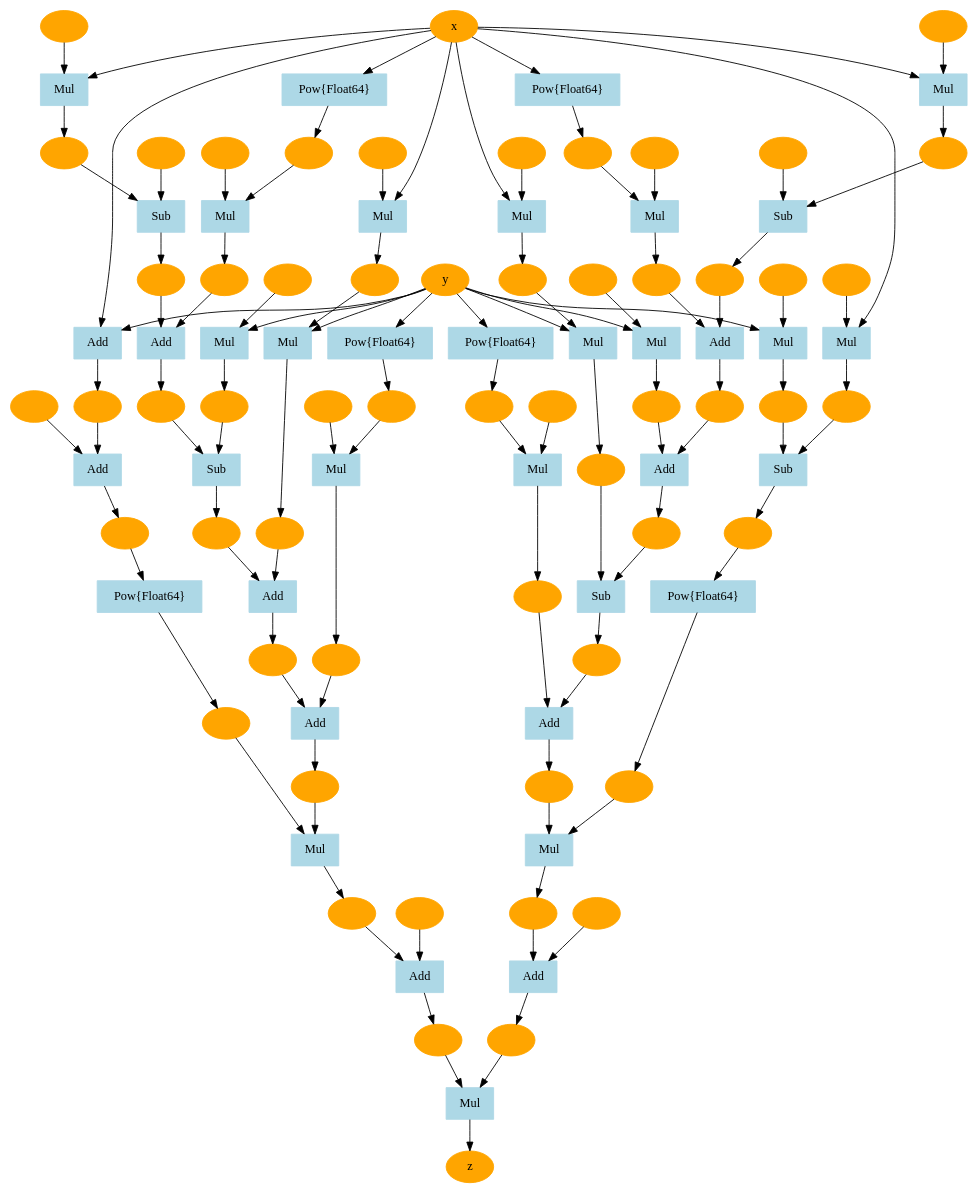
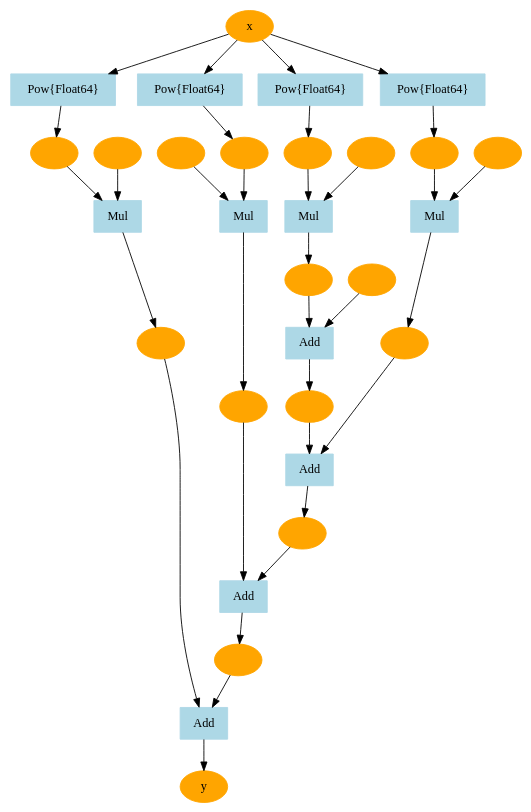
Before and after one commit to takuma-i-bb/JuReto.jl: the diagram in .JuReto/tmp_graph.dot, drawn with Graphviz. The commit also changed 3 other files, not shown here.

```diff
--- a/.JuReto/tmp_graph.dot
+++ b/.JuReto/tmp_graph.dot
@@ -1,219 +1,67 @@
 digraph g{
-7782159896462491055 [label="z", color=orange, style=filled]
-1143390428699958063 [label="Mul", color=lightblue, style=filled, shape=box]
-18384289647987972529 -> 1143390428699958063
-2183758072496584028 -> 1143390428699958063
-1143390428699958063 -> 7782159896462491055
-18384289647987972529 [label="", color=orange, style=filled]
-2183758072496584028 [label="", color=orange, style=filled]
-14753792824174624184 [label="Add", color=lightblue, style=filled, shape=box]
-1236270389429053602 -> 14753792824174624184
-4364564951127655930 -> 14753792824174624184
-14753792824174624184 -> 2183758072496584028
-1236270389429053602 [label="", color=orange, style=filled]
-4364564951127655930 [label="", color=orange, style=filled]
-2233979741481968024 [label="Mul", color=lightblue, style=filled, shape=box]
-11914694363783112594 -> 2233979741481968024
-9589916049564652892 -> 2233979741481968024
-2233979741481968024 -> 4364564951127655930
-11914694363783112594 [label="", color=orange, style=filled]
-9589916049564652892 [label="", color=orange, style=filled]
-4416359843210666943 [label="Add", color=lightblue, style=filled, shape=box]
-3430964840807267781 -> 4416359843210666943
-1582641428790460282 -> 4416359843210666943
-4416359843210666943 -> 9589916049564652892
-3430964840807267781 [label="", color=orange, style=filled]
-1582641428790460282 [label="", color=orange, style=filled]
-15644399588047954924 [label="Mul", color=lightblue, style=filled, shape=box]
-5743933813874952498 -> 15644399588047954924
-16153783334077269916 -> 15644399588047954924
-15644399588047954924 -> 1582641428790460282
-5743933813874952498 [label="", color=orange, style=filled]
-16153783334077269916 [label="", color=orange, style=filled]
-1796945449309613996 [label="Pow{Float64}", color=lightblue, style=filled, shape=box]
-6437186901364330007 -> 1796945449309613996
-1796945449309613996 -> 16153783334077269916
-6437186901364330007 [label="y", color=orange, style=filled]
-7420715613484743479 [label="Sub", color=lightblue, style=filled, shape=box]
-11088963164605855061 -> 7420715613484743479
-15519548622737926824 -> 7420715613484743479
-7420715613484743479 -> 3430964840807267781
-11088963164605855061 [label="", color=orange, style=filled]
-15519548622737926824 [label="", color=orange, style=filled]
-1225855630174158911 [label="Mul", color=lightblue, style=filled, shape=box]
-4549128766893654166 -> 1225855630174158911
-6437186901364330007 -> 1225855630174158911
-1225855630174158911 -> 15519548622737926824
-4549128766893654166 [label="", color=orange, style=filled]
-6437186901364330007 [label="y", color=orange, style=filled]
-14723136933271746134 [label="Mul", color=lightblue, style=filled, shape=box]
-12457716919039351128 -> 14723136933271746134
-9245926187318074578 -> 14723136933271746134
-14723136933271746134 -> 4549128766893654166
-12457716919039351128 [label="", color=orange, style=filled]
-9245926187318074578 [label="x", color=orange, style=filled]
-7173173698588511287 [label="Add", color=lightblue, style=filled, shape=box]
-1382810176806133020 -> 7173173698588511287
-15759592354305824521 -> 7173173698588511287
-7173173698588511287 -> 11088963164605855061
-1382810176806133020 [label="", color=orange, style=filled]
-15759592354305824521 [label="", color=orange, style=filled]
-1803502624531339731 [label="Mul", color=lightblue, style=filled, shape=box]
-9435463878010249423 -> 1803502624531339731
-6437186901364330007 -> 1803502624531339731
-1803502624531339731 -> 15759592354305824521
-9435463878010249423 [label="", color=orange, style=filled]
-6437186901364330007 [label="y", color=orange, style=filled]
-17606751593737853387 [label="Add", color=lightblue, style=filled, shape=box]
-14388192762577800662 -> 17606751593737853387
-16156217418746590587 -> 17606751593737853387
-17606751593737853387 -> 1382810176806133020
-14388192762577800662 [label="", color=orange, style=filled]
-16156217418746590587 [label="", color=orange, style=filled]
-16171371514134080018 [label="Mul", color=lightblue, style=filled, shape=box]
-12489860445707660832 -> 16171371514134080018
-11618430938361075850 -> 16171371514134080018
-16171371514134080018 -> 16156217418746590587
-12489860445707660832 [label="", color=orange, style=filled]
-11618430938361075850 [label="", color=orange, style=filled]
-8209185412053688969 [label="Pow{Float64}", color=lightblue, style=filled, shape=box]
-9245926187318074578 -> 8209185412053688969
-8209185412053688969 -> 11618430938361075850
-9245926187318074578 [label="x", color=orange, style=filled]
-10831042944183347356 [label="Sub", color=lightblue, style=filled, shape=box]
-5154674123179518764 -> 10831042944183347356
-15240442487864763062 -> 10831042944183347356
-10831042944183347356 -> 14388192762577800662
-5154674123179518764 [label="", color=orange, style=filled]
-15240442487864763062 [label="", color=orange, style=filled]
-14878421741975737759 [label="Mul", color=lightblue, style=filled, shape=box]
-12928760989226738328 -> 14878421741975737759
-9245926187318074578 -> 14878421741975737759
-14878421741975737759 -> 15240442487864763062
-12928760989226738328 [label="", color=orange, style=filled]
-9245926187318074578 [label="x", color=orange, style=filled]
-7855226531459388658 [label="Pow{Float64}", color=lightblue, style=filled, shape=box]
-929454186406166494 -> 7855226531459388658
-7855226531459388658 -> 11914694363783112594
-929454186406166494 [label="", color=orange, style=filled]
-1302499137905393765 [label="Sub", color=lightblue, style=filled, shape=box]
-7461827841522174074 -> 1302499137905393765
-7668373377228747254 -> 1302499137905393765
-1302499137905393765 -> 929454186406166494
-7461827841522174074 [label="", color=orange, style=filled]
-7668373377228747254 [label="", color=orange, style=filled]
-874202882333851782 [label="Mul", color=lightblue, style=filled, shape=box]
-985317277715539389 -> 874202882333851782
-6437186901364330007 -> 874202882333851782
-874202882333851782 -> 7668373377228747254
-985317277715539389 [label="", color=orange, style=filled]
-6437186901364330007 [label="y", color=orange, style=filled]
-2997477189229124960 [label="Mul", color=lightblue, style=filled, shape=box]
-9543176978477282580 -> 2997477189229124960
-9245926187318074578 -> 2997477189229124960
-2997477189229124960 -> 7461827841522174074
-9543176978477282580 [label="", color=orange, style=filled]
-9245926187318074578 [label="x", color=orange, style=filled]
-1677536687603996265 [label="Add", color=lightblue, style=filled, shape=box]
-4757580183601365729 -> 1677536687603996265
-11779384131331570361 -> 1677536687603996265
-1677536687603996265 -> 18384289647987972529
-4757580183601365729 [label="", color=orange, style=filled]
-11779384131331570361 [label="", color=orange, style=filled]
-12151736445069665190 [label="Mul", color=lightblue, style=filled, shape=box]
-7422507007887141572 -> 12151736445069665190
-11793132858523371491 -> 12151736445069665190
-12151736445069665190 -> 11779384131331570361
-7422507007887141572 [label="", color=orange, style=filled]
-11793132858523371491 [label="", color=orange, style=filled]
-6733840658926145247 [label="Add", color=lightblue, style=filled, shape=box]
-1793510274284270024 -> 6733840658926145247
-17329713213112155581 -> 6733840658926145247
-6733840658926145247 -> 11793132858523371491
-1793510274284270024 [label="", color=orange, style=filled]
-17329713213112155581 [label="", color=orange, style=filled]
-7256094943351555580 [label="Mul", color=lightblue, style=filled, shape=box]
-15819492201626785201 -> 7256094943351555580
-7153215489617745965 -> 7256094943351555580
-7256094943351555580 -> 17329713213112155581
-15819492201626785201 [label="", color=orange, style=filled]
-7153215489617745965 [label="", color=orange, style=filled]
-10214679606420876374 [label="Pow{Float64}", color=lightblue, style=filled, shape=box]
-6437186901364330007 -> 10214679606420876374
-10214679606420876374 -> 7153215489617745965
-6437186901364330007 [label="y", color=orange, style=filled]
-3903322283745989314 [label="Add", color=lightblue, style=filled, shape=box]
-9110481868134804490 -> 3903322283745989314
-17899108265589931662 -> 3903322283745989314
-3903322283745989314 -> 1793510274284270024
-9110481868134804490 [label="", color=orange, style=filled]
-17899108265589931662 [label="", color=orange, style=filled]
-11530368871127522754 [label="Mul", color=lightblue, style=filled, shape=box]
-11825929374839755643 -> 11530368871127522754
-6437186901364330007 -> 11530368871127522754
-11530368871127522754 -> 17899108265589931662
-11825929374839755643 [label="", color=orange, style=filled]
-6437186901364330007 [label="y", color=orange, style=filled]
-17927231886788354677 [label="Mul", color=lightblue, style=filled, shape=box]
-11407299071217490085 -> 17927231886788354677
-9245926187318074578 -> 17927231886788354677
-17927231886788354677 -> 11825929374839755643
-11407299071217490085 [label="", color=orange, style=filled]
-9245926187318074578 [label="x", color=orange, style=filled]
-5152450507998291064 [label="Sub", color=lightblue, style=filled, shape=box]
-7078238653518459383 -> 5152450507998291064
-2615732064272252193 -> 5152450507998291064
-5152450507998291064 -> 9110481868134804490
-7078238653518459383 [label="", color=orange, style=filled]
-2615732064272252193 [label="", color=orange, style=filled]
-967444717594462632 [label="Mul", color=lightblue, style=filled, shape=box]
-7608176127044840769 -> 967444717594462632
-6437186901364330007 -> 967444717594462632
-967444717594462632 -> 2615732064272252193
-7608176127044840769 [label="", color=orange, style=filled]
-6437186901364330007 [label="y", color=orange, style=filled]
-17267539594285261124 [label="Add", color=lightblue, style=filled, shape=box]
-10169273527798287909 -> 17267539594285261124
-3230189509913752770 -> 17267539594285261124
-17267539594285261124 -> 7078238653518459383
-10169273527798287909 [label="", color=orange, style=filled]
-3230189509913752770 [label="", color=orange, style=filled]
-12211764838422733179 [label="Mul", color=lightblue, style=filled, shape=box]
-4018747928188109206 -> 12211764838422733179
-218075864473001433 -> 12211764838422733179
-12211764838422733179 -> 3230189509913752770
-4018747928188109206 [label="", color=orange, style=filled]
-218075864473001433 [label="", color=orange, style=filled]
-12097051747797295411 [label="Pow{Float64}", color=lightblue, style=filled, shape=box]
-9245926187318074578 -> 12097051747797295411
-12097051747797295411 -> 218075864473001433
-9245926187318074578 [label="x", color=orange, style=filled]
-2921728344867830988 [label="Sub", color=lightblue, style=filled, shape=box]
-10983651878571462852 -> 2921728344867830988
-7259217174465454878 -> 2921728344867830988
-2921728344867830988 -> 10169273527798287909
-10983651878571462852 [label="", color=orange, style=filled]
-7259217174465454878 [label="", color=orange, style=filled]
-17122075411926123567 [label="Mul", color=lightblue, style=filled, shape=box]
-15107832703216878871 -> 17122075411926123567
-9245926187318074578 -> 17122075411926123567
-17122075411926123567 -> 7259217174465454878
-15107832703216878871 [label="", color=orange, style=filled]
-9245926187318074578 [label="x", color=orange, style=filled]
-15107858569823547072 [label="Pow{Float64}", color=lightblue, style=filled, shape=box]
-1191654185385652051 -> 15107858569823547072
-15107858569823547072 -> 7422507007887141572
-1191654185385652051 [label="", color=orange, style=filled]
-18437313369551674181 [label="Add", color=lightblue, style=filled, shape=box]
-1977576554595961981 -> 18437313369551674181
-17734797011635348368 -> 18437313369551674181
-18437313369551674181 -> 1191654185385652051
-1977576554595961981 [label="", color=orange, style=filled]
-17734797011635348368 [label="", color=orange, style=filled]
-13630532407364380186 [label="Add", color=lightblue, style=filled, shape=box]
-9245926187318074578 -> 13630532407364380186
-6437186901364330007 -> 13630532407364380186
-13630532407364380186 -> 1977576554595961981
-9245926187318074578 [label="x", color=orange, style=filled]
-6437186901364330007 [label="y", color=orange, style=filled]
+12736157260614474642 [label="y", color=orange, style=filled]
+8206628125069462345 [label="Add", color=lightblue, style=filled, shape=box]
+7084165145396469791 -> 8206628125069462345
+10393446517328924778 -> 8206628125069462345
+8206628125069462345 -> 12736157260614474642
+7084165145396469791 [label="", color=orange, style=filled]
+10393446517328924778 [label="", color=orange, style=filled]
+4709685112517571585 [label="Mul", color=lightblue, style=filled, shape=box]
+2502693219035652665 -> 4709685112517571585
+1200024825041398388 -> 4709685112517571585
+4709685112517571585 -> 10393446517328924778
+2502693219035652665 [label="", color=orange, style=filled]
+1200024825041398388 [label="", color=orange, style=filled]
+9126351175289839749 [label="Pow{Float64}", color=lightblue, style=filled, shape=box]
+9650700534831622072 -> 9126351175289839749
+9126351175289839749 -> 1200024825041398388
+9650700534831622072 [label="x", color=orange, style=filled]
+11816113939406370886 [label="Add", color=lightblue, style=filled, shape=box]
+7069263915269844617 -> 11816113939406370886
+13657122023820694655 -> 11816113939406370886
+11816113939406370886 -> 7084165145396469791
+7069263915269844617 [label="", color=orange, style=filled]
+13657122023820694655 [label="", color=orange, style=filled]
+2116888793269844987 [label="Mul", color=lightblue, style=filled, shape=box]
+558621390227416755 -> 2116888793269844987
+16199857816604911969 -> 2116888793269844987
+2116888793269844987 -> 13657122023820694655
+558621390227416755 [label="", color=orange, style=filled]
+16199857816604911969 [label="", color=orange, style=filled]
+12203479386050754413 [label="Pow{Float64}", color=lightblue, style=filled, shape=box]
+9650700534831622072 -> 12203479386050754413
+12203479386050754413 -> 16199857816604911969
+9650700534831622072 [label="x", color=orange, style=filled]
+18422270561509669869 [label="Add", color=lightblue, style=filled, shape=box]
+13607125548602731704 -> 18422270561509669869
+11619338934897587783 -> 18422270561509669869
+18422270561509669869 -> 7069263915269844617
+13607125548602731704 [label="", color=orange, style=filled]
+11619338934897587783 [label="", color=orange, style=filled]
+2457062003560125637 [label="Mul", color=lightblue, style=filled, shape=box]
+9399635193885857778 -> 2457062003560125637
+12085320336004781634 -> 2457062003560125637
+2457062003560125637 -> 11619338934897587783
+9399635193885857778 [label="", color=orange, style=filled]
+12085320336004781634 [label="", color=orange, style=filled]
+1994133724520017089 [label="Pow{Float64}", color=lightblue, style=filled, shape=box]
+9650700534831622072 -> 1994133724520017089
+1994133724520017089 -> 12085320336004781634
+9650700534831622072 [label="x", color=orange, style=filled]
+1985313098582834161 [label="Add", color=lightblue, style=filled, shape=box]
+7453057243069311564 -> 1985313098582834161
+9303396832994944303 -> 1985313098582834161
+1985313098582834161 -> 13607125548602731704
+7453057243069311564 [label="", color=orange, style=filled]
+9303396832994944303 [label="", color=orange, style=filled]
+2082052143286218918 [label="Mul", color=lightblue, style=filled, shape=box]
+14810605473895776099 -> 2082052143286218918
+12507166436261926620 -> 2082052143286218918
+2082052143286218918 -> 9303396832994944303
+14810605473895776099 [label="", color=orange, style=filled]
+12507166436261926620 [label="", color=orange, style=filled]
+12045032563786272197 [label="Pow{Float64}", color=lightblue, style=filled, shape=box]
+9650700534831622072 -> 12045032563786272197
+12045032563786272197 -> 12507166436261926620
+9650700534831622072 [label="x", color=orange, style=filled]
 }
```
